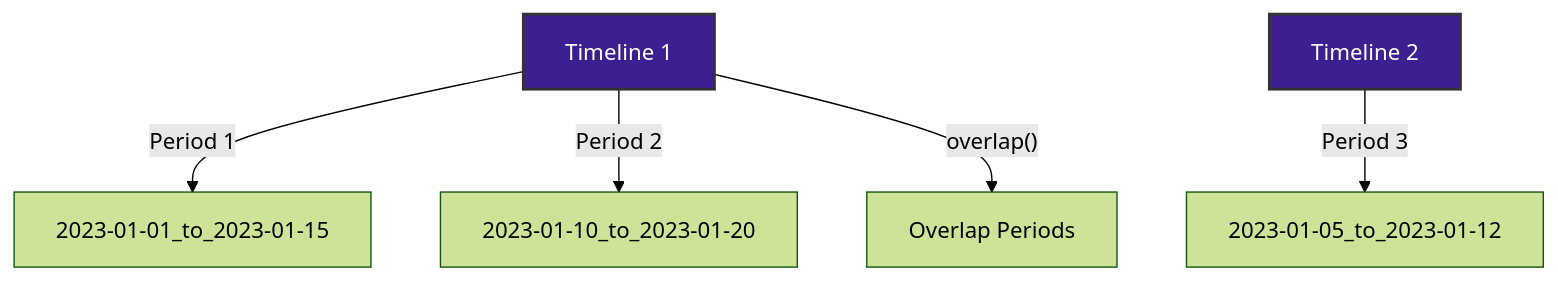
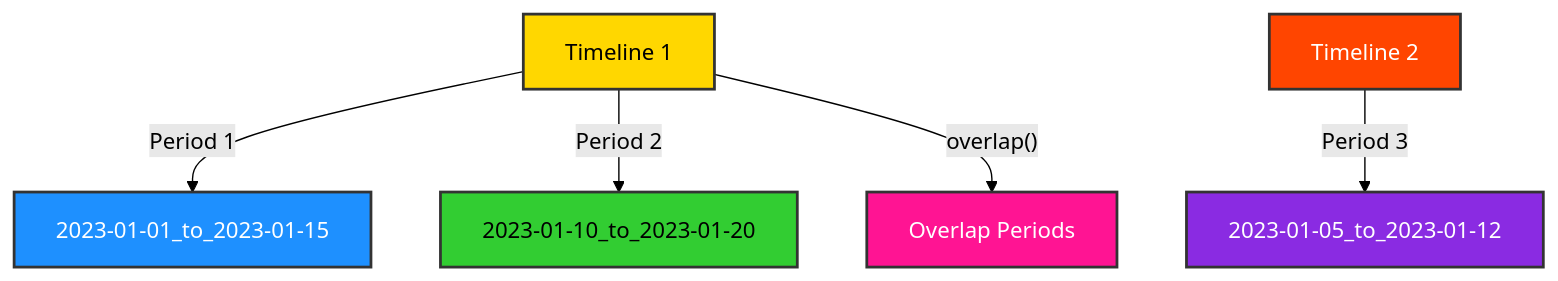
The third of 5 diagrams in docs/readme_details/12_example_use/index.md (ikko/sym), drawn with Mermaid (forest theme) before and after one commit. The commit also changed other lines of this file and 10 other files, not shown here.

````diff
--- a/docs/readme_details/12_example_use/index.md
+++ b/docs/readme_details/12_example_use/index.md
@@ -119,11 +140,14 @@
 ```mermaid
 graph TD
     A[Timeline 1] -- "Period 1" --> B[2023-01-01_to_2023-01-15]
     A -- "Period 2" --> C[2023-01-10_to_2023-01-20]
     X[Timeline 2] -- "Period 3" --> Y[2023-01-05_to_2023-01-12]
     A -- "overlap()" --> Z[Overlap Periods];
-    style X fill:#3d1f92,stroke:#333,stroke-width:2px,color:#FFFFFF;
 
-    style A fill:#3d1f92,stroke:#333,stroke-width:2px,color:#FFFFFF;
-    style X fill:#3d1f92,stroke:#333,stroke-width:2px,color:#FFFFFF;
+    style A fill:#FFD700,stroke:#333,stroke-width:2px,color:#000000;
+    style B fill:#1E90FF,stroke:#333,stroke-width:2px,color:#FFFFFF;
+    style C fill:#32CD32,stroke:#333,stroke-width:2px,color:#000000;
+    style X fill:#FF4500,stroke:#333,stroke-width:2px,color:#FFFFFF;
+    style Y fill:#8A2BE2,stroke:#333,stroke-width:2px,color:#FFFFFF;
+    style Z fill:#FF1493,stroke:#333,stroke-width:2px,color:#FFFFFF;
 ```
````
